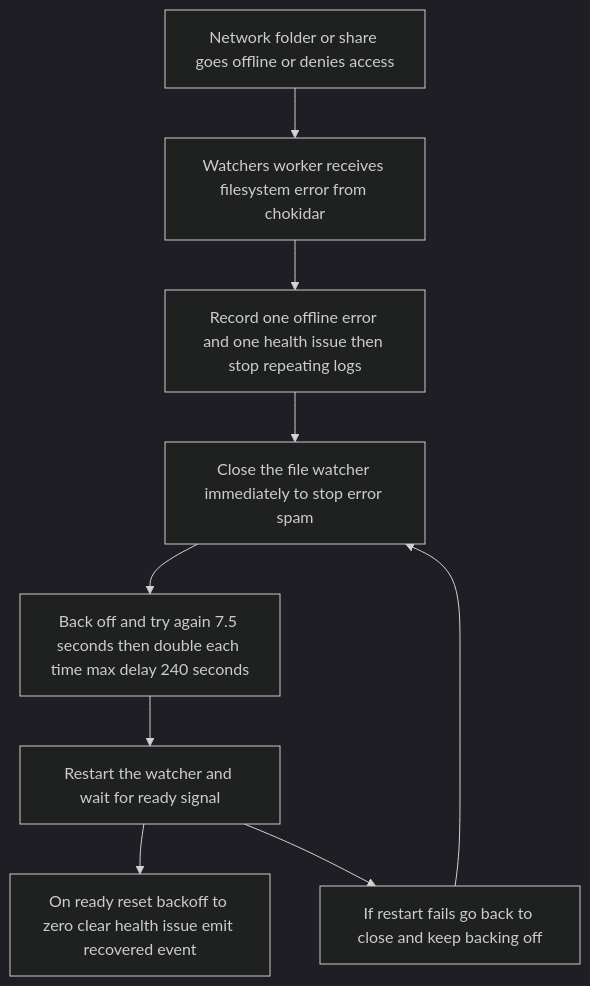
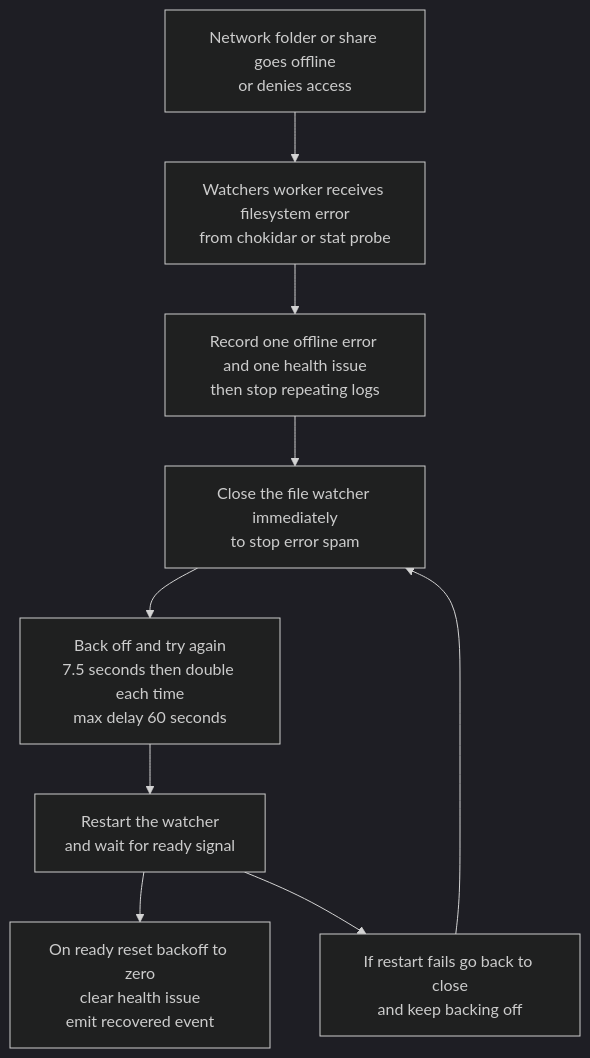
Before and after one commit to mike2153/NestWatcher: the second of 2 diagrams in AGENTS.md, drawn with Mermaid (dark theme). The commit also changed other lines of this file and 68 other files, not shown here.

````diff
--- a/AGENTS.md
+++ b/AGENTS.md
@@ -310,20 +317,20 @@
 ```mermaid
 flowchart TD
-  FS[Network folder or share goes offline or denies access]
-  WK[Watchers worker receives filesystem error from chokidar]
-  ONCE[Record one offline error and one health issue then stop repeating logs]
-  CLOSE[Close the file watcher immediately to stop error spam]
-  BACKOFF[Back off and try again 7.5 seconds then double each time max delay 240 seconds]
-  RETRY[Restart the watcher and wait for ready signal]
-  READY[On ready reset backoff to zero clear health issue emit recovered event]
-  AGAIN[If restart fails go back to close and keep backing off]
+  FS[Network folder or share goes offline<br/>or denies access]
+  WK[Watchers worker receives filesystem error<br/>from chokidar or stat probe]
+  ONCE[Record one offline error and one health issue<br/>then stop repeating logs]
+  CLOSE[Close the file watcher immediately<br/>to stop error spam]
+  BACKOFF[Back off and try again<br/>7.5 seconds then double each time<br/>max delay 60 seconds]
+  RETRY[Restart the watcher<br/>and wait for ready signal]
+  READY[On ready reset backoff to zero<br/>clear health issue<br/>emit recovered event]
+  AGAIN[If restart fails go back to close<br/>and keep backing off]
 
   FS --> WK
   WK --> ONCE
   ONCE --> CLOSE
   CLOSE --> BACKOFF
   BACKOFF --> RETRY
   RETRY --> READY
   RETRY --> AGAIN
   AGAIN --> CLOSE
 ```
````
